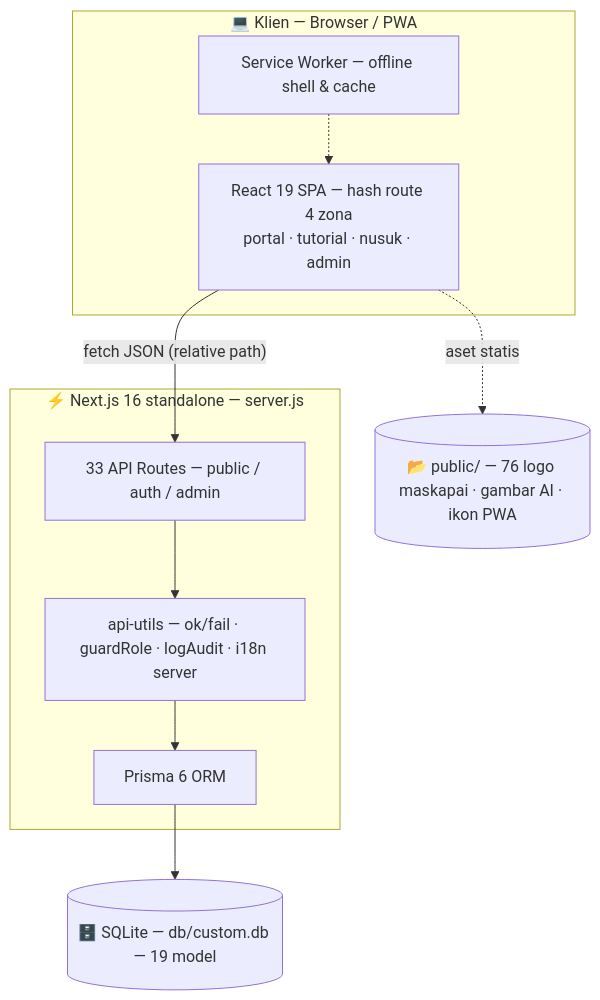
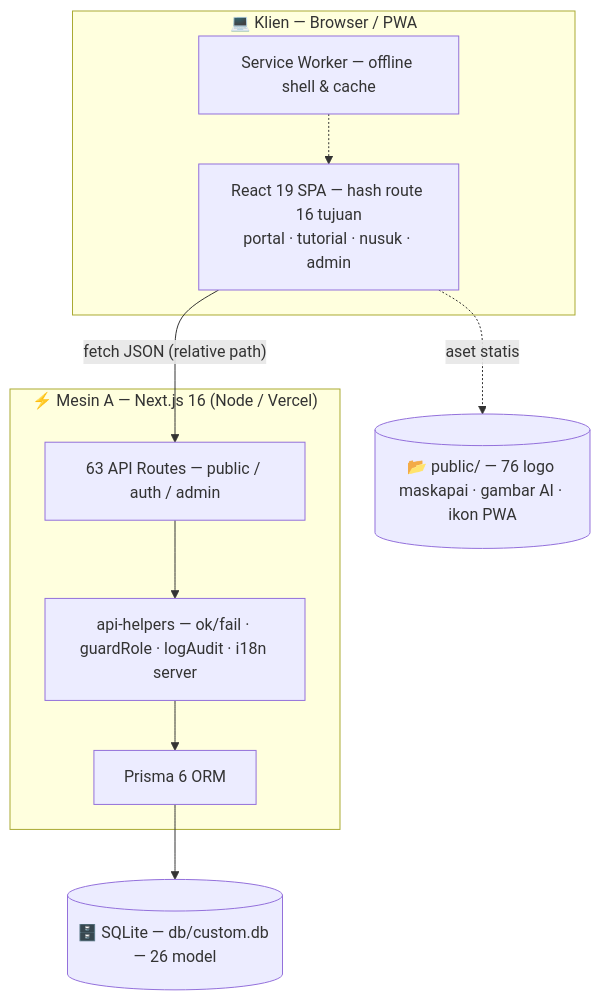
The third of 9 diagrams in README.md (prabudanling/muhdin), drawn with Mermaid before and after one commit. The commit also changed other lines of this file and 54 other files, not shown here.

````diff
--- a/README.md
+++ b/README.md
@@ -207,19 +328,19 @@
 ```mermaid
 flowchart TB
     subgraph KLIEN["💻 Klien — Browser / PWA"]
-        UI["React 19 SPA — hash route 4 zona<br/>portal · tutorial · nusuk · admin"]
+        UI["React 19 SPA — hash route 16 tujuan<br/>portal · tutorial · nusuk · admin"]
         SW["Service Worker — offline shell & cache"]
     end
-    subgraph SRV["⚡ Next.js 16 standalone — server.js"]
-        API["33 API Routes — public / auth / admin"]
-        GUARD["api-utils — ok/fail · guardRole · logAudit · i18n server"]
+    subgraph SRV["⚡ Mesin A — Next.js 16 (Node / Vercel)"]
+        API["63 API Routes — public / auth / admin"]
+        GUARD["api-helpers — ok/fail · guardRole · logAudit · i18n server"]
         ORM["Prisma 6 ORM"]
     end
-    DB[("🗄️ SQLite — db/custom.db — 19 model")]
+    DB[("🗄️ SQLite — db/custom.db — 26 model")]
     PUB[("📂 public/ — 76 logo maskapai · gambar AI · ikon PWA")]
 
     UI -->|"fetch JSON (relative path)"| API
     API --> GUARD --> ORM --> DB
     UI -.->|"aset statis"| PUB
     SW -.-> UI
 ```
````
